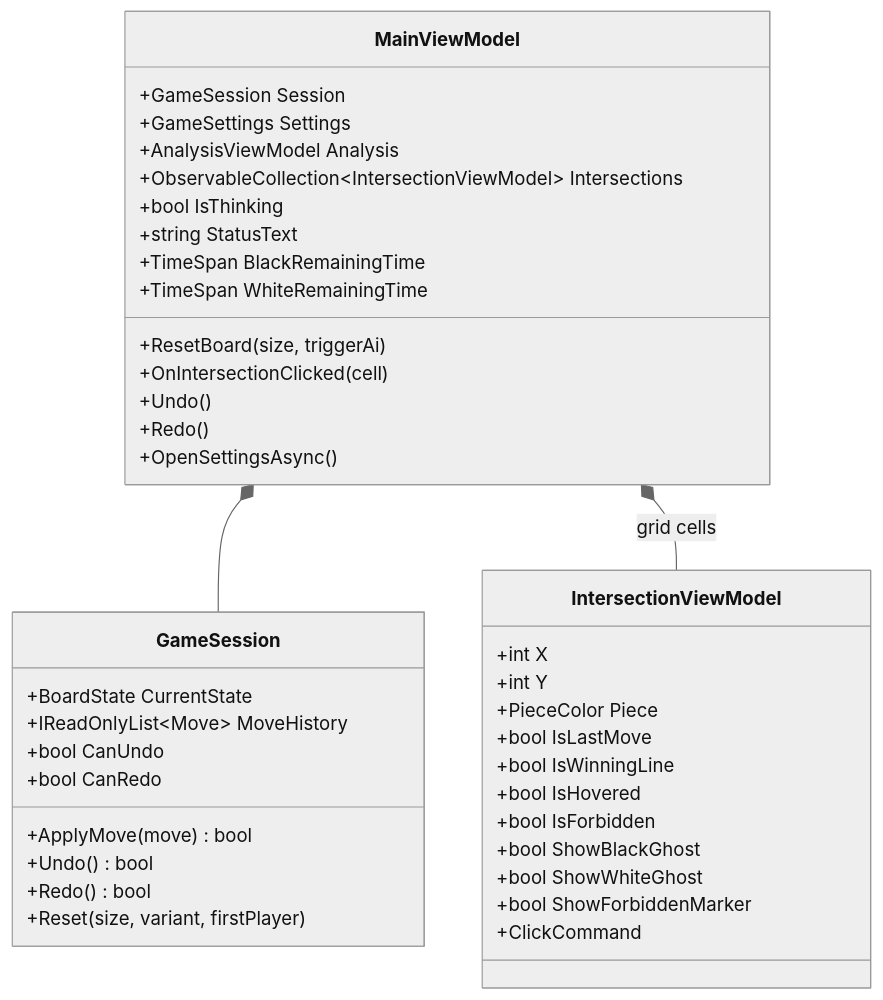
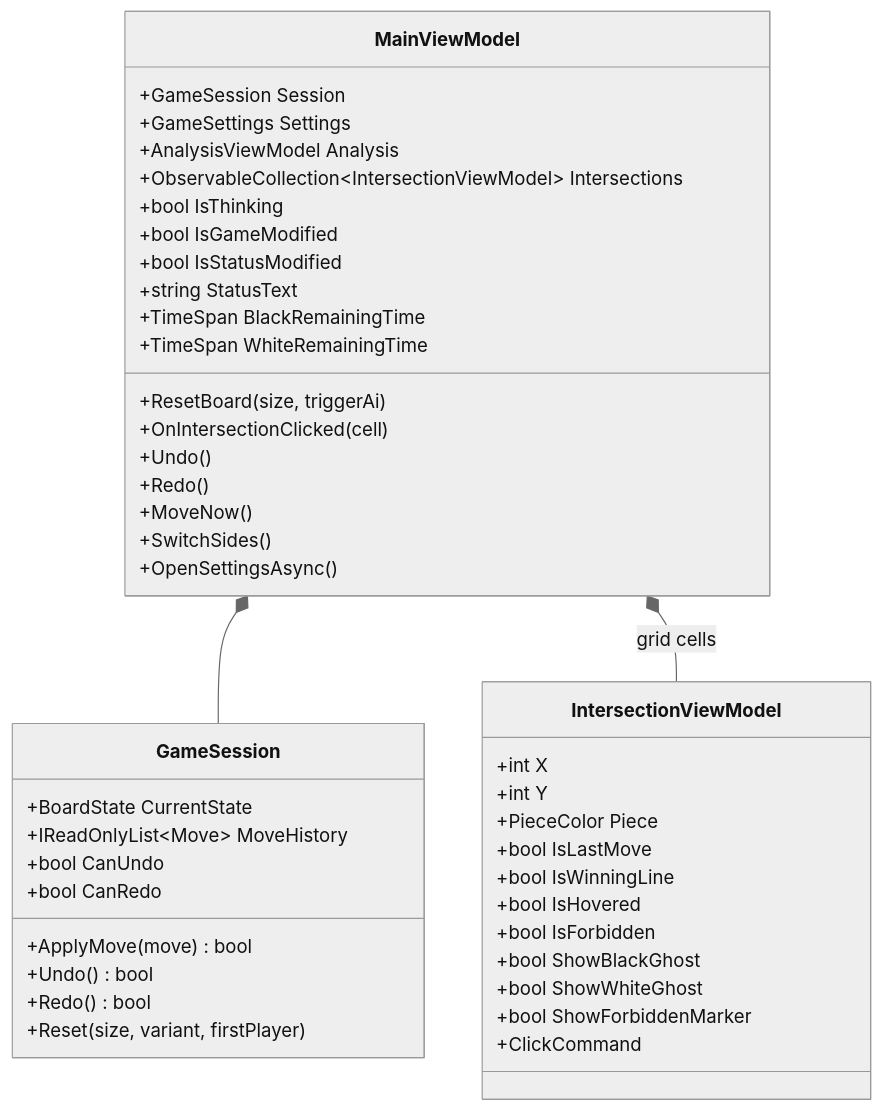
One commit to cjp-dev/Gomoku changed the third of 4 diagrams in docs/brain/01-overview.md. Above: the diagram before and after it, drawn with Mermaid (neutral theme). The commit also changed 7 other files, not shown here.

````diff
--- a/docs/brain/01-overview.md
+++ b/docs/brain/01-overview.md
@@ -134,46 +134,50 @@
 ```mermaid
 classDiagram
     class GameSession {
         +BoardState CurrentState
         +IReadOnlyList~Move~ MoveHistory
         +bool CanUndo
         +bool CanRedo
         +ApplyMove(move) bool
         +Undo() bool
         +Redo() bool
         +Reset(size, variant, firstPlayer)
     }
 
     class MainViewModel {
         +GameSession Session
         +GameSettings Settings
         +AnalysisViewModel Analysis
         +ObservableCollection~IntersectionViewModel~ Intersections
         +bool IsThinking
+        +bool IsGameModified
+        +bool IsStatusModified
         +string StatusText
         +TimeSpan BlackRemainingTime
         +TimeSpan WhiteRemainingTime
         +ResetBoard(size, triggerAi)
         +OnIntersectionClicked(cell)
         +Undo()
         +Redo()
+        +MoveNow()
+        +SwitchSides()
         +OpenSettingsAsync()
     }
 
     class IntersectionViewModel {
         +int X
         +int Y
         +PieceColor Piece
         +bool IsLastMove
         +bool IsWinningLine
         +bool IsHovered
         +bool IsForbidden
         +bool ShowBlackGhost
         +bool ShowWhiteGhost
         +bool ShowForbiddenMarker
         +ClickCommand
     }
 
     MainViewModel *-- GameSession
     MainViewModel *-- IntersectionViewModel : grid cells
 ```
````
